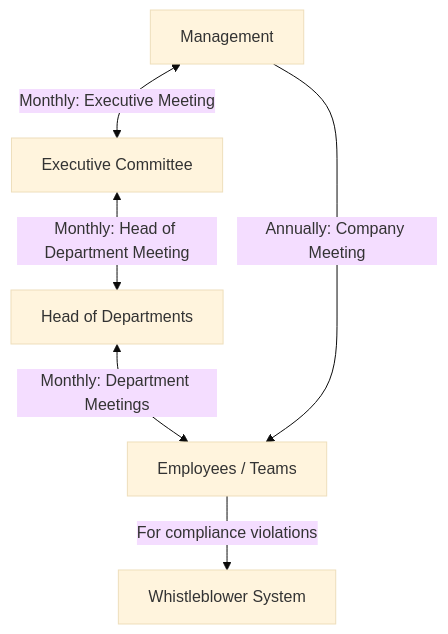
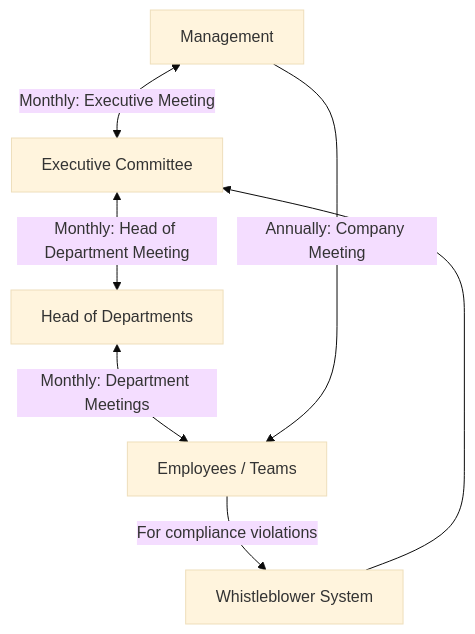
One commit to Karaka-Management/Organization-Guide changed the diagram in Processes/Management/Information Flow.md. Above: the diagram before and after it, drawn with Mermaid (base theme). The commit also changed 33 other files, not shown here.

````diff
--- a/Processes/Management/Information Flow.md
+++ b/Processes/Management/Information Flow.md
@@ -5,9 +5,9 @@
 ```mermaid
 flowchart TD;
     MANAGEMENT[Management]<--Monthly: Executive Meeting-->EXECUTIVE_COMMITTEE[Executive Committee]
     EXECUTIVE_COMMITTEE<--Monthly: Head of Department Meeting-->HEAD_OF_DEPARTMENTS[Head of Departments]
     HEAD_OF_DEPARTMENTS<--Monthly: Department Meetings-->EMPLOYEES[Employees / Teams]
     MANAGEMENT--Annually: Company Meeting-->EMPLOYEES
     EMPLOYEES--For compliance violations-->WHISTLEBLOWER[Whistleblower System]
-
+    WHISTLEBLOWER-->EXECUTIVE_COMMITTEE
 ```
````
